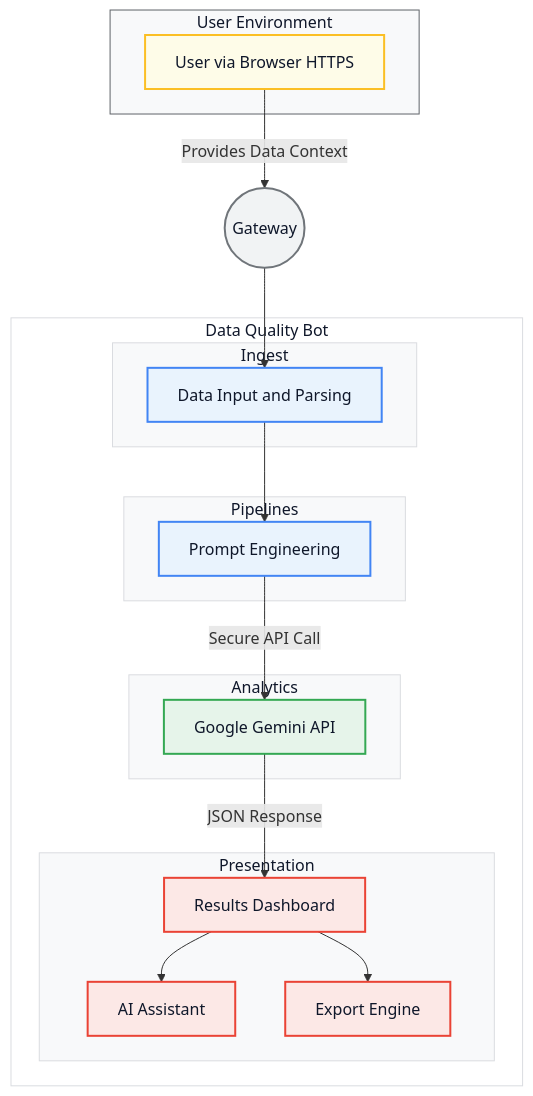
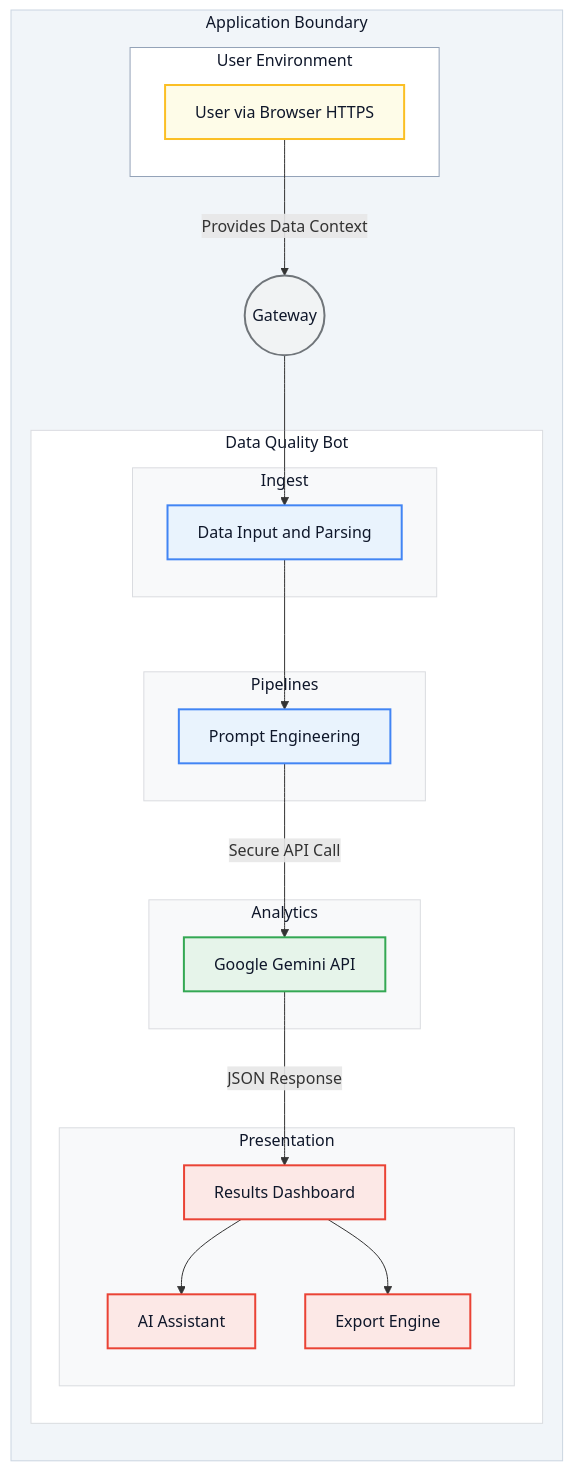
One commit to chtsalvishal/DQ_Gen_AI_Bot changed the first of 2 diagrams in README.md. Above: the diagram before and after it, drawn with Mermaid.

Commit message:
docs: Update architecture diagram
Refine the architecture diagram to improve clarity and organization. Key changes include:
- Grouping components within an "Application Boundary" subgraph.
- Reordering subgraphs for better flow.
- Adjusting node styling for consistent theme application.

````diff
--- a/README.md
+++ b/README.md
@@ -38,48 +38,53 @@
 ```mermaid
 %%{init: { 'themeVariables': { 'fontSize': '16px', 'fontFamily': 'Arial' } }}%%
 graph TD
-    subgraph userenv [User Environment]
-        A[User via Browser HTTPS]:::userNode
+    subgraph application_boundary [Application Boundary]
+        direction TD
+        
+        subgraph userenv [User Environment]
+            A[User via Browser HTTPS]:::userNode
+        end
+
+        B((Gateway)):::gatewayNode
+        
+        A -- Provides Data Context --> B
+
+        subgraph botlogic [Data Quality Bot]
+            subgraph ingest [Ingest]
+                C[Data Input and Parsing]:::processNode
+            end
+            subgraph pipelines [Pipelines]
+                D[Prompt Engineering]:::processNode
+            end
+            subgraph analytics [Analytics]
+                E[Google Gemini API]:::apiNode
+            end
+            subgraph presentation [Presentation]
+                F[Results Dashboard]:::outputNode
+                G[AI Assistant]:::outputNode
+                H[Export Engine]:::outputNode
+            end
+        end
+
+        B --> C
+        C --> D
+        D -- Secure API Call --> E
+        E -- JSON Response --> F
+        F --> G
+        F --> H
     end
-
-    B((Gateway)):::gatewayNode
     
-    A -- Provides Data Context --> B
-
-    subgraph botlogic [Data Quality Bot]
-        subgraph ingest [Ingest]
-            C[Data Input and Parsing]:::processNode
-        end
-        subgraph pipelines [Pipelines]
-            D[Prompt Engineering]:::processNode
-        end
-        subgraph analytics [Analytics]
-            E[Google Gemini API]:::apiNode
-        end
-        subgraph presentation [Presentation]
-            F[Results Dashboard]:::outputNode
-            G[AI Assistant]:::outputNode
-            H[Export Engine]:::outputNode
-        end
-    end
-
-    B --> C
-    C --> D
-    D -- Secure API Call --> E
-    E -- JSON Response --> F
-    F --> G
-    F --> H
-    
-    style userenv fill:#F8F9FA,stroke:#5F6368,color:#0f172a
+    style application_boundary fill:#F1F5F9,stroke:#CBD5E1,color:#0f172a
+    style userenv fill:#FFFFFF,stroke:#94A3B8,color:#0f172a
     style botlogic fill:#FFFFFF,stroke:#DADCE0,color:#0f172a
     style ingest fill:#F8F9FA,stroke:#DADCE0,color:#0f172a
     style pipelines fill:#F8F9FA,stroke:#DADCE0,color:#0f172a
     style analytics fill:#F8F9FA,stroke:#DADCE0,color:#0f172a
     style presentation fill:#F8F9FA,stroke:#DADCE0,color:#0f172a
 
     classDef userNode fill:#FEFCE8,stroke:#FBBF24,stroke-width:2px,color:#0f172a
     classDef gatewayNode fill:#F1F3F4,stroke:#70757A,stroke-width:2px,color:#0f172a
     classDef processNode fill:#E9F3FD,stroke:#4285F4,stroke-width:2px,color:#0f172a
     classDef apiNode fill:#E6F4EA,stroke:#34A853,stroke-width:2px,color:#0f172a
     classDef outputNode fill:#FCE8E6,stroke:#EA4335,stroke-width:2px,color:#0f172a
 ```
````
